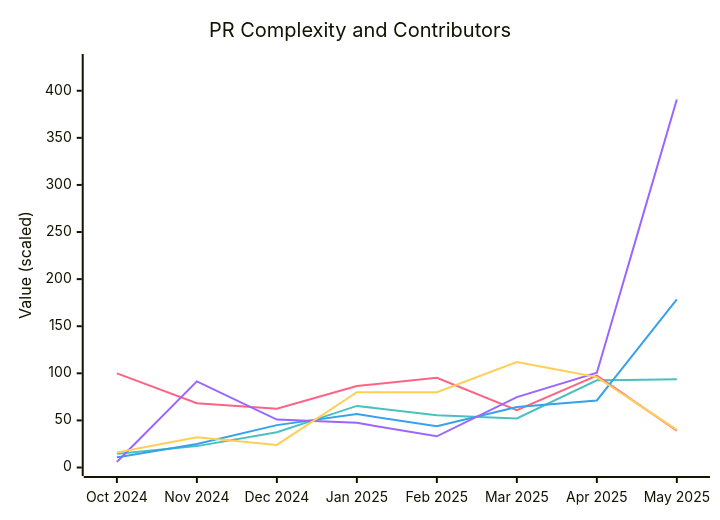
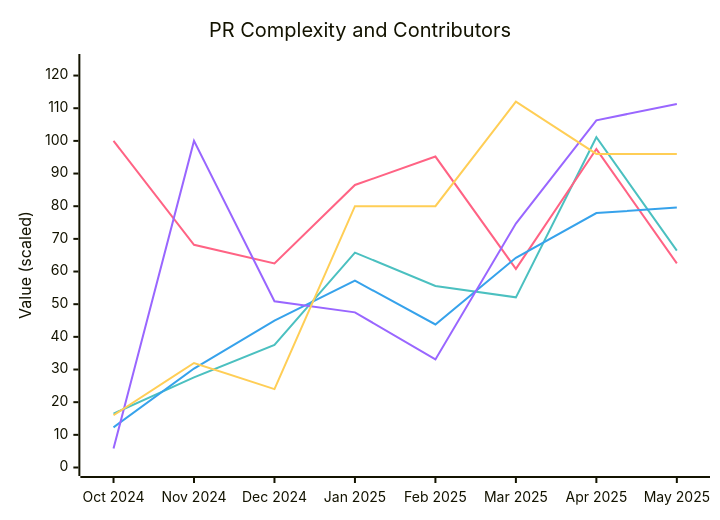
The sixth of 11 diagrams in docs/contributions.md (microsoft/edge-ai), drawn with Mermaid before and after one commit. The commit also changed other lines of this file and 2 other files, not shown here.

````diff
--- a/docs/contributions.md
+++ b/docs/contributions.md
@@ -102,12 +102,12 @@
 ``` mermaid
 %%{init: {"themeVariables": {"xyChart": {"plotColorPalette": "#4BC0C0, #FF6384, #36A2EB, #9966FF, #FFCE56"}}}}%%
 xychart-beta
     title "PR Complexity and Contributors"
 x-axis ["Oct 2024", "Nov 2024", "Dec 2024", "Jan 2025", "Feb 2025", "Mar 2025", "Apr 2025", "May 2025"]
-y-axis "Value (scaled)" 0 --> 430
-line "Avg Files Changed" [14.5, 22.7, 37.5, 65.4, 55.6, 52.1, 92.6, 93.6]
-line "Avg Days to Complete" [100, 68.2, 62.5, 86.5, 95.2, 60.8, 97.5, 39.2]
-line "Avg Files/Day" [10.8, 24.9, 45, 56.7, 43.8, 64.2, 71.2, 178.6]
-line "Avg Lines/Day" [6, 91.4, 50.9, 47.4, 33.1, 74.7, 100.6, 390.8]
-line "Total Contributors" [16, 32, 24, 80, 80, 112, 96, 40]
+y-axis "Value (scaled)" 0 --> 124
+line "Avg Files Changed" [16.5, 27.6, 37.5, 65.8, 55.6, 52.1, 101.1, 66.4]
+line "Avg Days to Complete" [100, 68.2, 62.5, 86.5, 95.2, 60.8, 97.5, 62.5]
+line "Avg Files/Day" [12.3, 30.3, 45, 57.2, 43.8, 64.2, 77.9, 79.6]
+line "Avg Lines/Day" [5.8, 100, 50.9, 47.5, 33.1, 74.7, 106.3, 111.3]
+line "Total Contributors" [16, 32, 24, 80, 80, 112, 96, 96]
 ```
````
